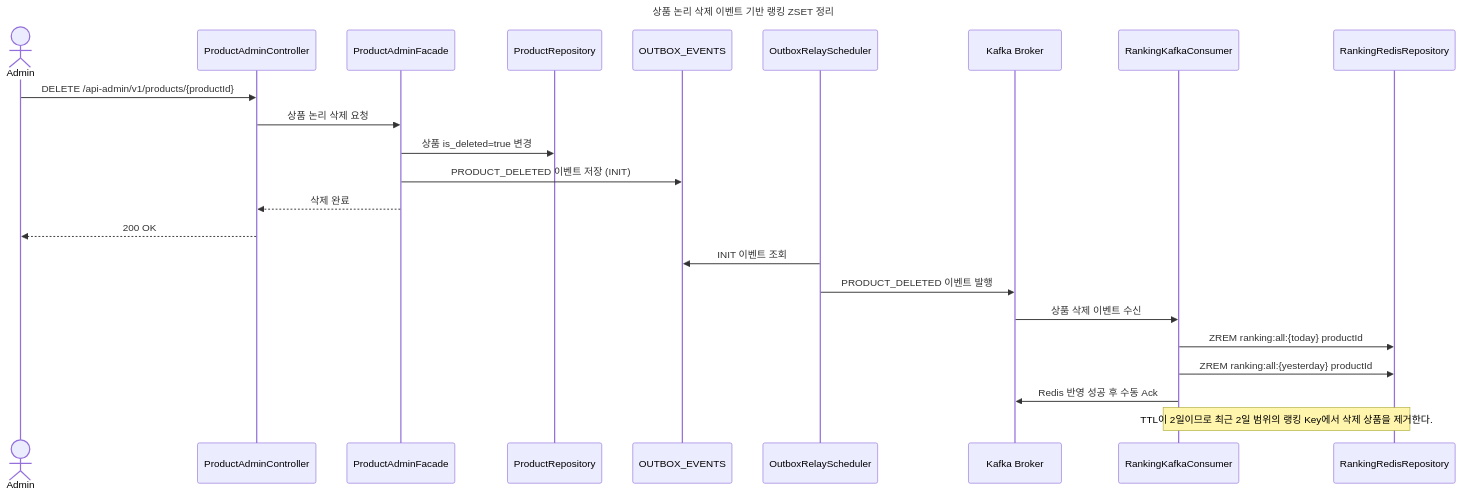
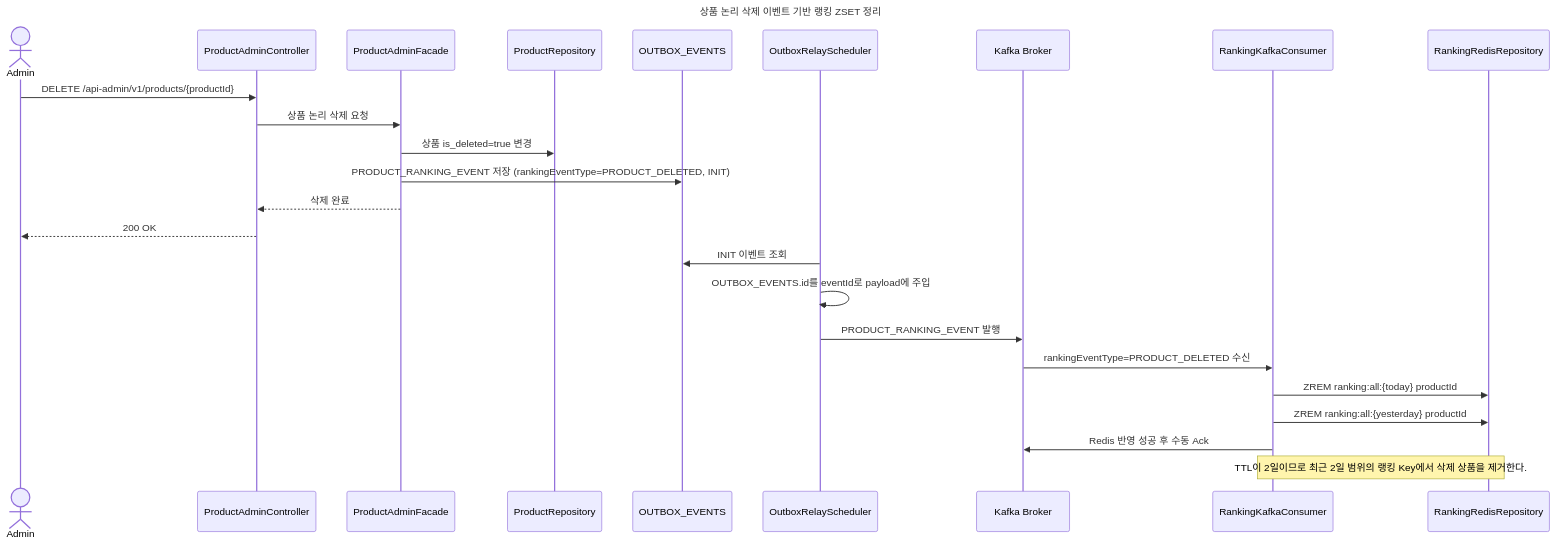
Diagram 14 of 19 in docs/week2/02-sequence-diagrams.md (eelseungmin/loop-pack-be-l2-vol4-java), drawn with Mermaid before and after one commit. The commit also changed other lines of this file and 5 other files, not shown here.

````diff
--- a/docs/week2/02-sequence-diagrams.md
+++ b/docs/week2/02-sequence-diagrams.md
@@ -582,29 +582,30 @@
 ```mermaid
 sequenceDiagram
     title 상품 논리 삭제 이벤트 기반 랭킹 ZSET 정리
     actor Admin
     participant ProductAdminController
     participant ProductAdminFacade
     participant ProductRepository
     participant Outbox as OUTBOX_EVENTS
     participant Relay as OutboxRelayScheduler
     participant Kafka as Kafka Broker
     participant Consumer as RankingKafkaConsumer
     participant RankingStore as RankingRedisRepository
 
     Admin->>ProductAdminController: DELETE /api-admin/v1/products/{productId}
     ProductAdminController->>ProductAdminFacade: 상품 논리 삭제 요청
     ProductAdminFacade->>ProductRepository: 상품 is_deleted=true 변경
-    ProductAdminFacade->>Outbox: PRODUCT_DELETED 이벤트 저장 (INIT)
+    ProductAdminFacade->>Outbox: PRODUCT_RANKING_EVENT 저장 (rankingEventType=PRODUCT_DELETED, INIT)
     ProductAdminFacade-->>ProductAdminController: 삭제 완료
     ProductAdminController-->>Admin: 200 OK
 
     Relay->>Outbox: INIT 이벤트 조회
-    Relay->>Kafka: PRODUCT_DELETED 이벤트 발행
-    Kafka->>Consumer: 상품 삭제 이벤트 수신
+    Relay->>Relay: OUTBOX_EVENTS.id를 eventId로 payload에 주입
+    Relay->>Kafka: PRODUCT_RANKING_EVENT 발행
+    Kafka->>Consumer: rankingEventType=PRODUCT_DELETED 수신
     Consumer->>RankingStore: ZREM ranking:all:{today} productId
     Consumer->>RankingStore: ZREM ranking:all:{yesterday} productId
     Consumer->>Kafka: Redis 반영 성공 후 수동 Ack
 
     Note over Consumer, RankingStore: TTL이 2일이므로 최근 2일 범위의 랭킹 Key에서 삭제 상품을 제거한다.
 ```
````
